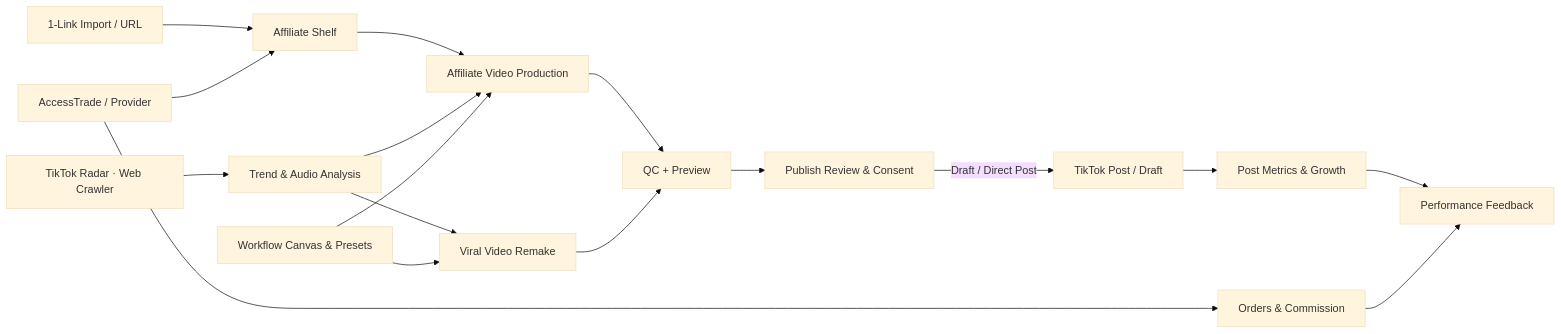
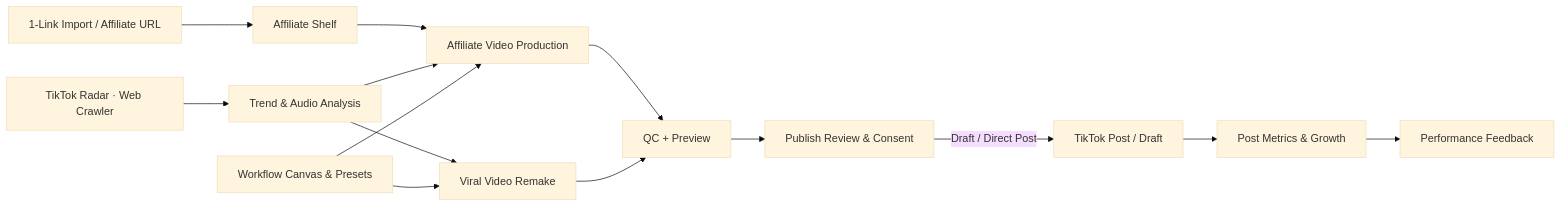
One commit to ninhlee99/ai-creator-os changed the diagram in docs/SYSTEM_BLUEPRINT.md. Above: the diagram before and after it, drawn with Mermaid (base theme). The commit also changed other lines of this file and 61 other files, not shown here.

````diff
--- a/docs/SYSTEM_BLUEPRINT.md
+++ b/docs/SYSTEM_BLUEPRINT.md
@@ -9,19 +9,16 @@
 ```mermaid
 flowchart LR
-  IMP[1-Link Import / URL] --> SH[Affiliate Shelf]
-  AT[AccessTrade / Provider] --> SH
+  IMP[1-Link Import / Affiliate URL] --> SH[Affiliate Shelf]
   SH --> AF[Affiliate Video Production]
   TR[TikTok Radar · Web Crawler] --> VA[Trend & Audio Analysis]
   VA --> AF
   VA --> VF[Viral Video Remake]
   WF[Workflow Canvas & Presets] --> AF
   WF --> VF
   AF --> QC[QC + Preview]
   VF --> QC
   QC --> RV[Publish Review & Consent]
   RV -->|Draft / Direct Post| TP[TikTok Post / Draft]
   TP --> PM[Post Metrics & Growth]
-  AT --> OM[Orders & Commission]
   PM --> FB[Performance Feedback]
-  OM --> FB
 ```
````
